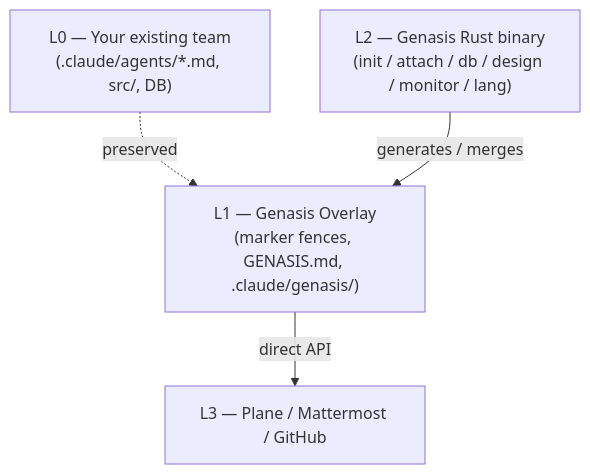
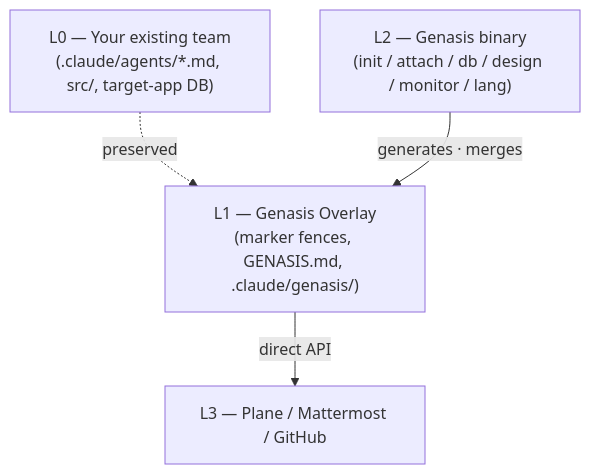
One commit to claude-genasis/genasis changed the diagram in README.md. Above: the diagram before and after it, drawn with Mermaid. The commit also changed other lines of this file and 8 other files, not shown here.

````diff
--- a/README.md
+++ b/README.md
@@ -81,10 +83,10 @@
 ```mermaid
 flowchart TB
-  L0["L0 — Your existing team<br/>(.claude/agents/*.md, src/, DB)"]
+  L0["L0 — Your existing team<br/>(.claude/agents/*.md, src/, target-app DB)"]
   L1["L1 — Genasis Overlay<br/>(marker fences, GENASIS.md, .claude/genasis/)"]
-  L2["L2 — Genasis Rust binary<br/>(init / attach / db / design / monitor / lang)"]
+  L2["L2 — Genasis binary<br/>(init / attach / db / design / monitor / lang)"]
   L3["L3 — Plane / Mattermost / GitHub"]
   L0 -. preserved .-> L1
-  L2 -- generates / merges --> L1
+  L2 -- generates · merges --> L1
   L1 -- direct API --> L3
 ```
````
